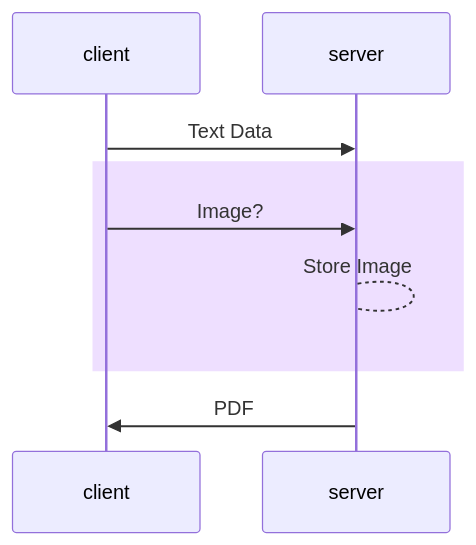
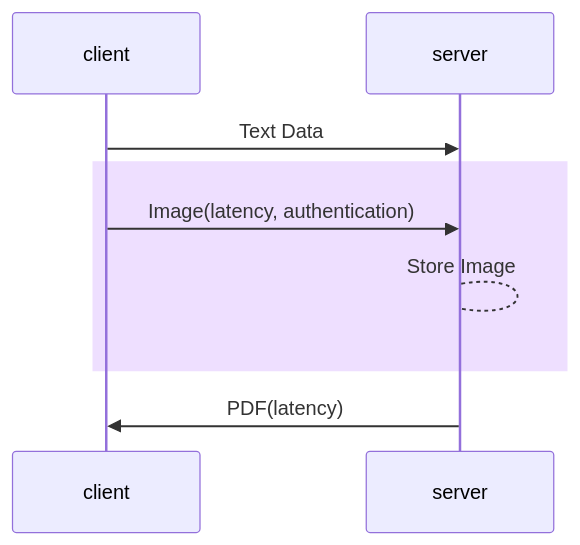
The second of 3 diagrams in slides/matex.md (msyfls123/presentation), drawn with Mermaid before and after one commit. The commit also changed other lines of this file and 9 other files, not shown here.

```diff
--- a/slides/matex.md
+++ b/slides/matex.md
@@ -114,9 +161,9 @@
 <div class="mermaid">
 sequenceDiagram;
     client->>server: Text Data
     rect rgba(200, 150, 255, .3)
-    client->>server: Image?
+    client->>server: Image(latency, authentication)
     server-->server: Store Image
     end
-    server->>client: PDF
+    server->>client: PDF(latency)
 </div>
```
